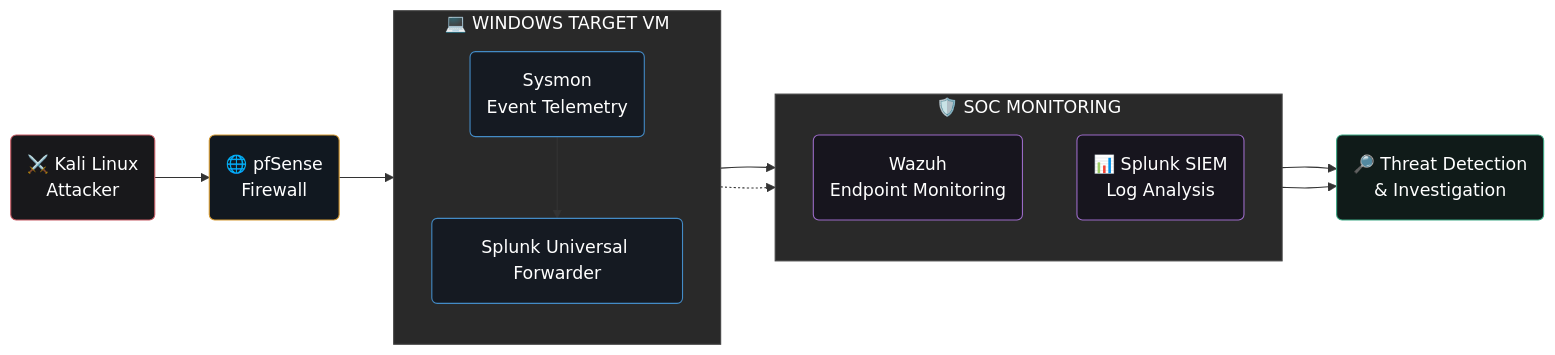
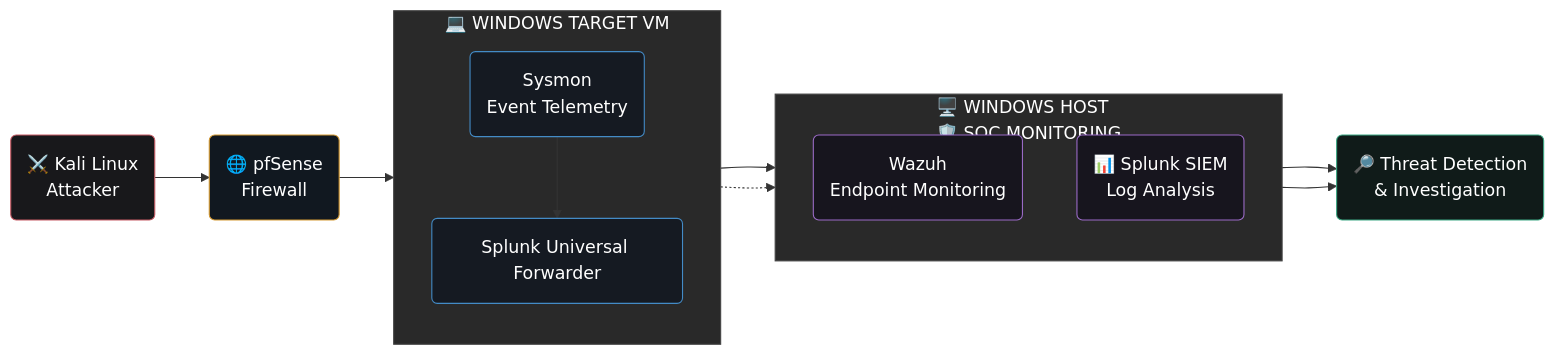
Before and after one commit to KAKishore/KAKishore: the diagram in README.md, drawn with Mermaid.

Commit message:
Refine SOC Home Lab Architecture Diagram

````diff
--- a/README.md
+++ b/README.md
@@ -129,42 +129,42 @@
 ```mermaid
 flowchart LR
     K("⚔️ Kali Linux<br/>Attacker")
     P("🌐 pfSense<br/>Firewall")
 
     subgraph WIN["💻 WINDOWS TARGET VM"]
         direction TB
         S("Sysmon<br/>Event Telemetry")
         U("Splunk Universal Forwarder")
         S --> U
     end
 
-    subgraph SOC["🛡️ SOC MONITORING"]
+    subgraph SOC["🖥️ WINDOWS HOST<br/>🛡️ SOC MONITORING"]
         direction TB
         Z("Wazuh<br/>Endpoint Monitoring")
         SI("📊 Splunk SIEM<br/>Log Analysis")
     end
 
     I("🔎 Threat Detection<br/>& Investigation")
 
     K --> P
     P --> S
     U --> SI
     S -.-> Z
     SI --> I
     Z --> I
 
     classDef attacker fill:#18181B,stroke:#C65B65,color:#FFFFFF,stroke-width:1px
     classDef firewall fill:#111820,stroke:#D59A32,color:#FFFFFF,stroke-width:1px
     classDef endpoint fill:#151A22,stroke:#438BC6,color:#FFFFFF,stroke-width:1px
     classDef monitoring fill:#17151E,stroke:#9B6BC7,color:#FFFFFF,stroke-width:1px
     classDef investigation fill:#101B19,stroke:#3CA783,color:#FFFFFF,stroke-width:1px
 
     class K attacker
     class P firewall
     class S,U endpoint
     class SI,Z monitoring
     class I investigation
 
     style WIN fill:#292929,stroke:#444444,color:#FFFFFF
     style SOC fill:#292929,stroke:#444444,color:#FFFFFF
 ```
````
